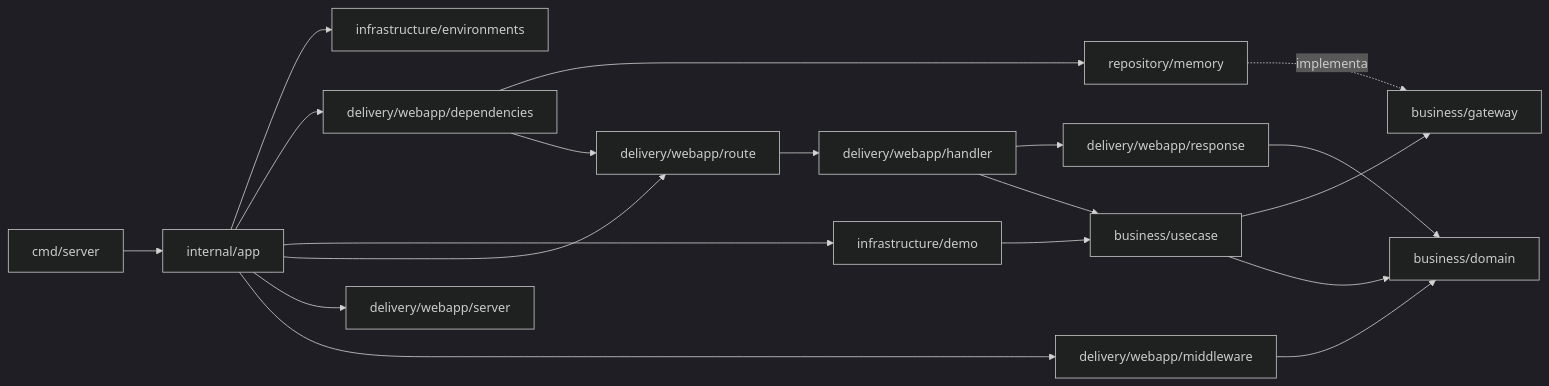
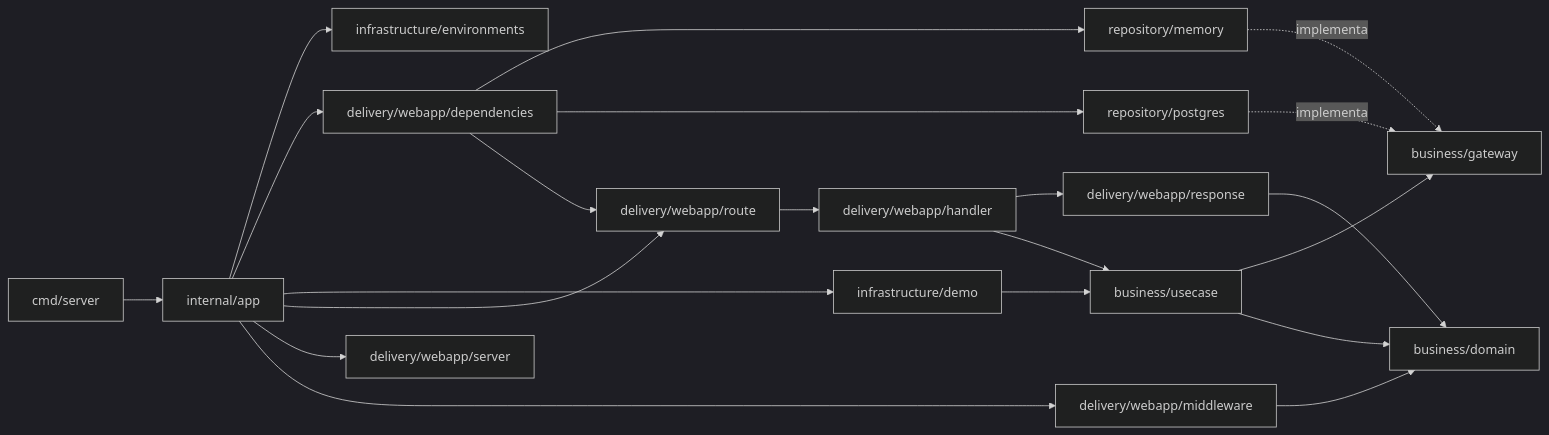
The second of 2 diagrams in docs/architecture.md (juanmantovani/Market), drawn with Mermaid (dark theme) before and after one commit. The commit also changed other lines of this file and 3 other files, not shown here.

````diff
--- a/docs/architecture.md
+++ b/docs/architecture.md
@@ -54,21 +59,23 @@
 ```mermaid
 flowchart LR
     main["cmd/server"] --> app["internal/app"]
     app --> environments["infrastructure/environments"]
     app --> deps["delivery/webapp/dependencies"]
     app --> demo["infrastructure/demo"]
     app --> route["delivery/webapp/route"]
     app --> server["delivery/webapp/server"]
     app --> middleware["delivery/webapp/middleware"]
     deps --> memory
+    deps --> postgres
     deps --> route
     demo --> usecase
     route --> handler["delivery/webapp/handler"]
     handler --> response["delivery/webapp/response"]
     handler --> usecase["business/usecase"]
     usecase --> gateway["business/gateway"]
     usecase --> domain["business/domain"]
     memory["repository/memory"] -.implementa.-> gateway
+    postgres["repository/postgres"] -.implementa.-> gateway
     response --> domain
     middleware --> domain
 ```
````
